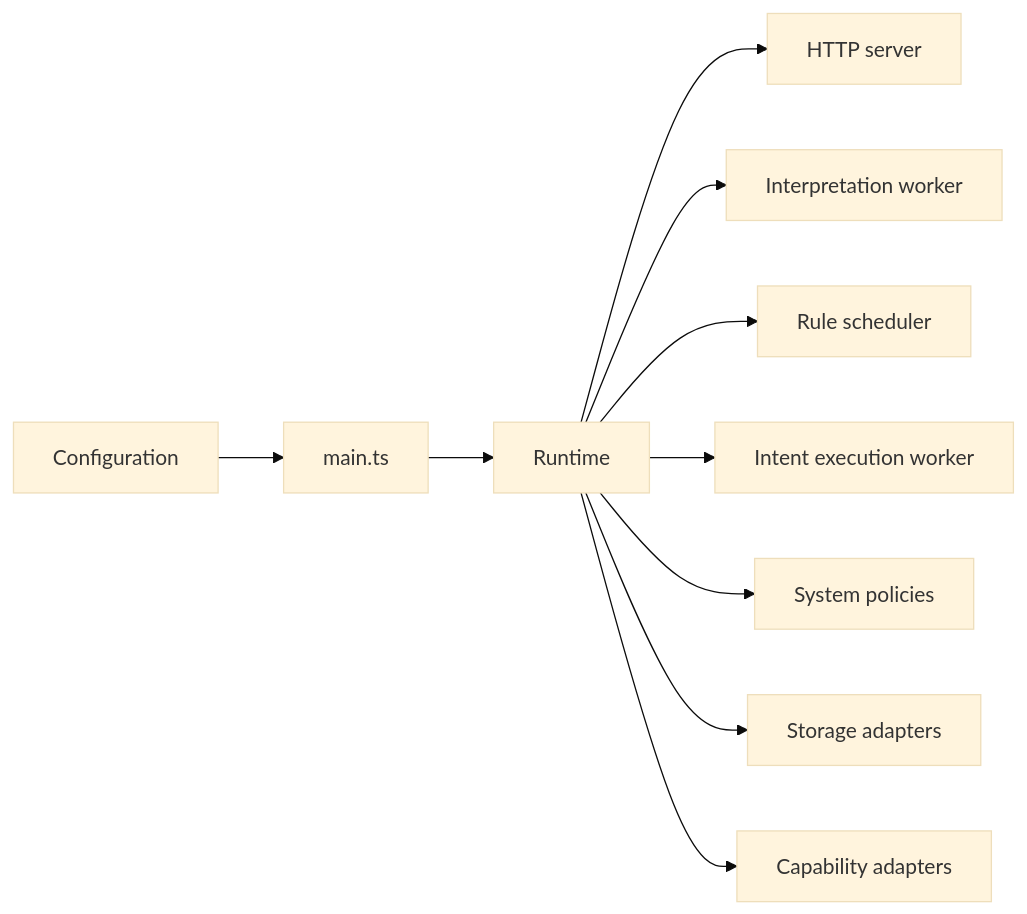
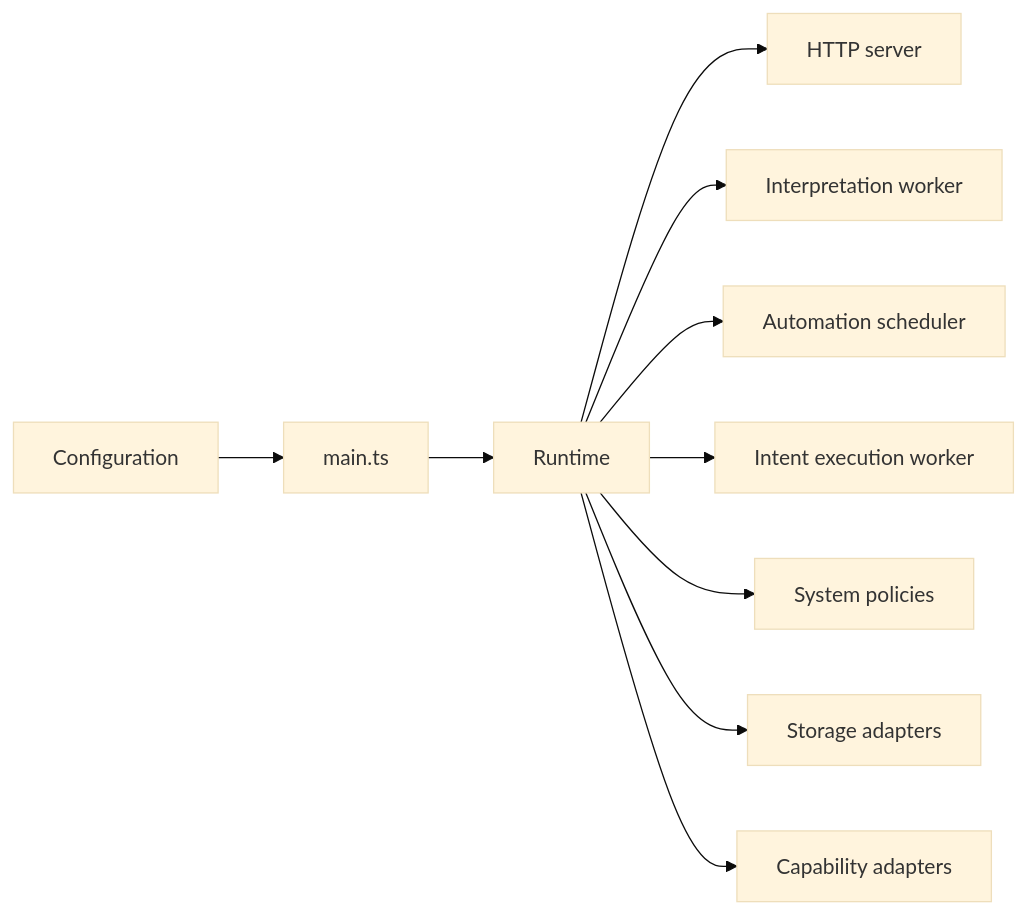
One commit to itmarck/wingman changed the ninth of 9 diagrams in docs/flows.md. Above: the diagram before and after it, drawn with Mermaid (base theme). The commit also changed other lines of this file and 52 other files, not shown here.

````diff
--- a/docs/flows.md
+++ b/docs/flows.md
@@ -155,12 +155,12 @@
 ```mermaid
 flowchart LR
     Config[Configuration] --> Main[main.ts]
     Main --> Runtime[Runtime]
     Runtime --> API[HTTP server]
     Runtime --> Interpretation[Interpretation worker]
-    Runtime --> Scheduler[Rule scheduler]
+    Runtime --> Scheduler[Automation scheduler]
     Runtime --> Execution[Intent execution worker]
     Runtime --> System[System policies]
     Runtime --> Storage[Storage adapters]
     Runtime --> Connectors[Capability adapters]
 ```
````
